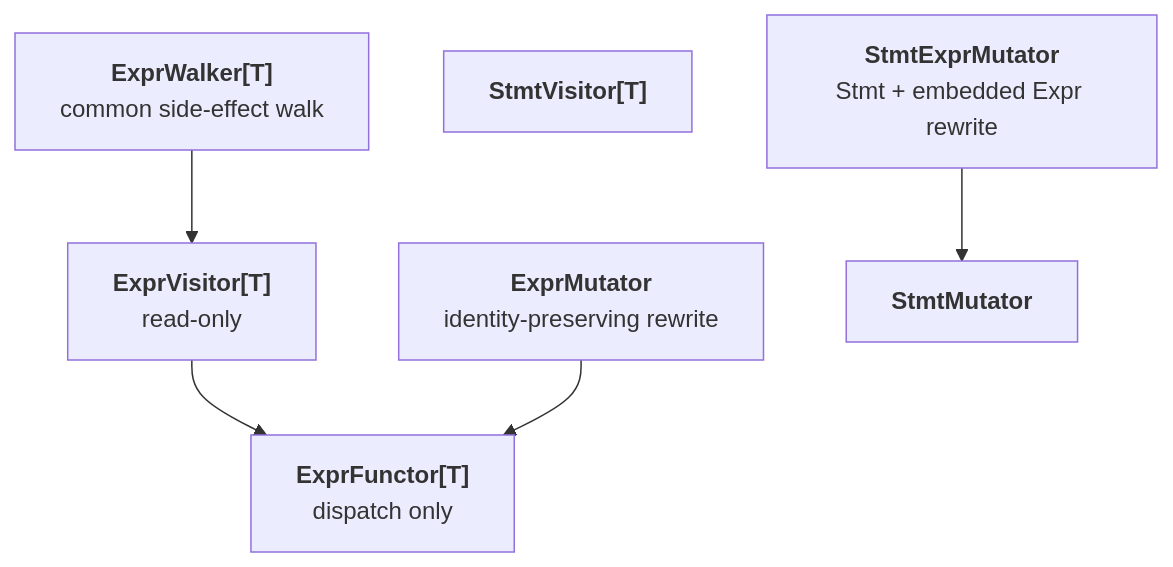
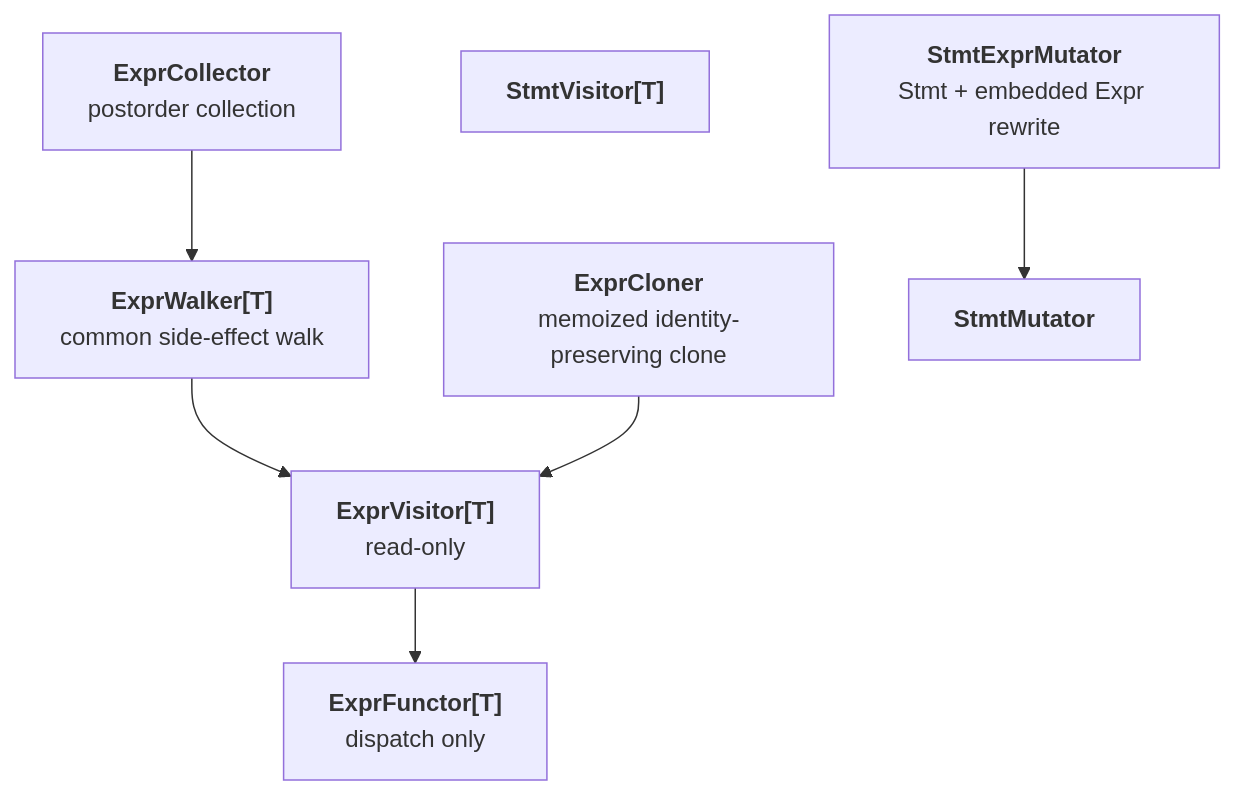
One commit to UranusSeven/TileFoundry changed the diagram in docs/spec/visitor-mutator.md. Above: the diagram before and after it, drawn with Mermaid. The commit also changed other lines of this file and 80 other files, not shown here.

````diff
--- a/docs/spec/visitor-mutator.md
+++ b/docs/spec/visitor-mutator.md
@@ -9,15 +9,17 @@
 ```mermaid
 flowchart TB
     ExprFunctor["<b>ExprFunctor[T]</b><br/>dispatch only"]
     ExprVisitor["<b>ExprVisitor[T]</b><br/>read-only"]
     ExprWalker["<b>ExprWalker[T]</b><br/>common side-effect walk"]
-    ExprMutator["<b>ExprMutator</b><br/>identity-preserving rewrite"]
+    ExprCloner["<b>ExprCloner</b><br/>memoized identity-preserving clone"]
+    ExprCollector["<b>ExprCollector</b><br/>postorder collection"]
     StmtVisitor["<b>StmtVisitor[T]</b>"]
     StmtMutator["<b>StmtMutator</b>"]
     StmtExprMutator["<b>StmtExprMutator</b><br/>Stmt + embedded Expr rewrite"]
 
     ExprVisitor --> ExprFunctor
     ExprWalker --> ExprVisitor
-    ExprMutator --> ExprFunctor
+    ExprCloner --> ExprVisitor
+    ExprCollector --> ExprWalker
     StmtExprMutator --> StmtMutator
 ```
````
